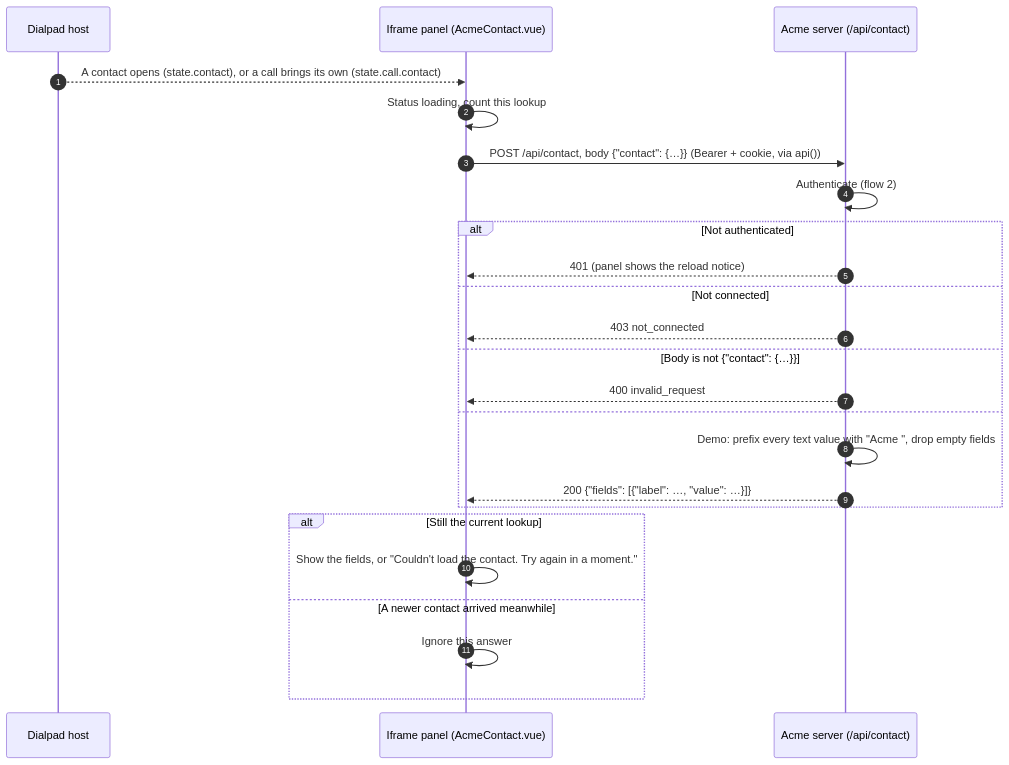
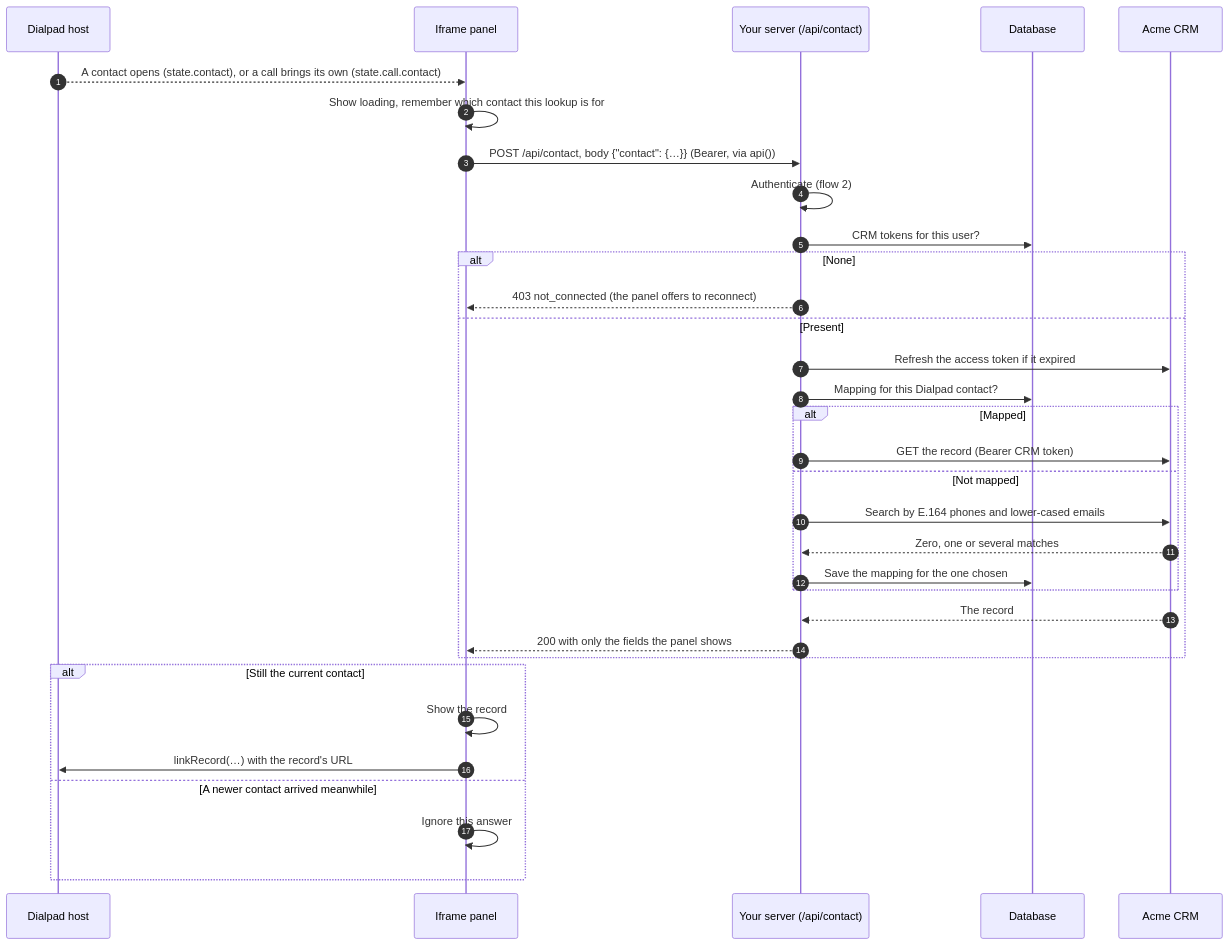
The seventh of 12 diagrams in FLOWS.md (dialpad/sample-dialapp-external), drawn with Mermaid before and after one commit. The commit also changed other lines of this file and 2 other files, not shown here.

Commit message:
NO-JIRA: Rewrite FLOWS.md for a real partner app, add server-to-server and webhook flows (docs)

````diff
--- a/FLOWS.md
+++ b/FLOWS.md
@@ -335,27 +297,36 @@
 ```mermaid
 sequenceDiagram
   autonumber
   participant D as Dialpad host
-  participant P as Iframe panel (AcmeContact.vue)
-  participant S as Acme server (/api/contact)
+  participant P as Iframe panel
+  participant S as Your server (/api/contact)
+  participant DB as Database
+  participant C as Acme CRM
 
   D-->>P: A contact opens (state.contact), or a call brings its own (state.call.contact)
-  P->>P: Status loading, count this lookup
-  P->>S: POST /api/contact, body {"contact": {…}} (Bearer + cookie, via api())
+  P->>P: Show loading, remember which contact this lookup is for
+  P->>S: POST /api/contact, body {"contact": {…}} (Bearer, via api())
   S->>S: Authenticate (flow 2)
-  alt Not authenticated
-    S-->>P: 401 (panel shows the reload notice)
-  else Not connected
-    S-->>P: 403 not_connected
-  else Body is not {"contact": {…}}
-    S-->>P: 400 invalid_request
-  else
-    S->>S: Demo: prefix every text value with "Acme ", drop empty fields
-    S-->>P: 200 {"fields": [{"label": …, "value": …}]}
+  S->>DB: CRM tokens for this user?
+  alt None
+    S-->>P: 403 not_connected (the panel offers to reconnect)
+  else Present
+    S->>C: Refresh the access token if it expired
+    S->>DB: Mapping for this Dialpad contact?
+    alt Mapped
+      S->>C: GET the record (Bearer CRM token)
+    else Not mapped
+      S->>C: Search by E.164 phones and lower-cased emails
+      C-->>S: Zero, one or several matches
+      S->>DB: Save the mapping for the one chosen
+    end
+    C-->>S: The record
+    S-->>P: 200 with only the fields the panel shows
   end
-  alt Still the current lookup
-    P->>P: Show the fields, or "Couldn't load the contact. Try again in a moment."
+  alt Still the current contact
+    P->>P: Show the record
+    P->>D: linkRecord(…) with the record's URL
   else A newer contact arrived meanwhile
     P->>P: Ignore this answer
   end
 ```
````
